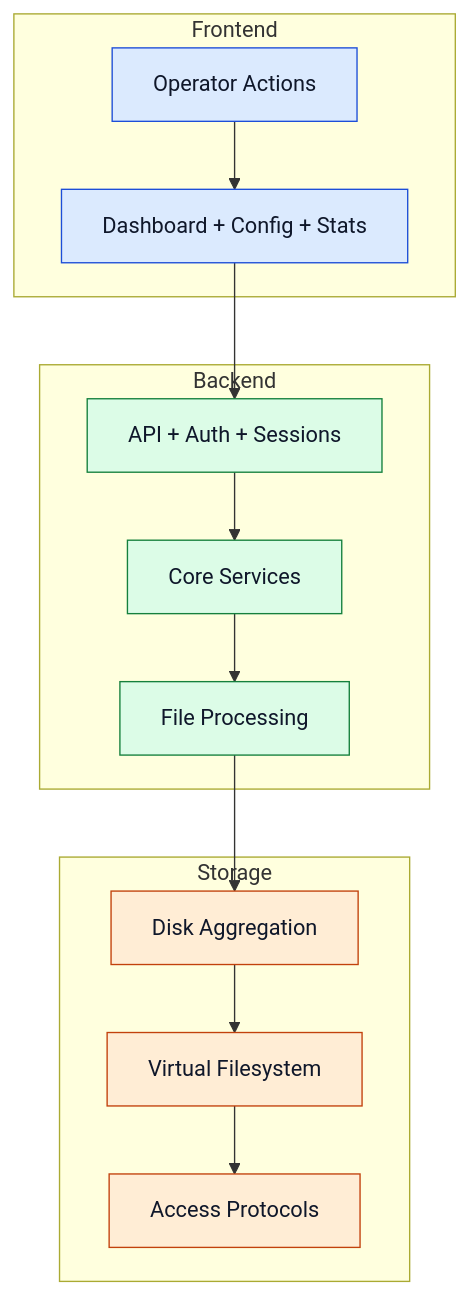
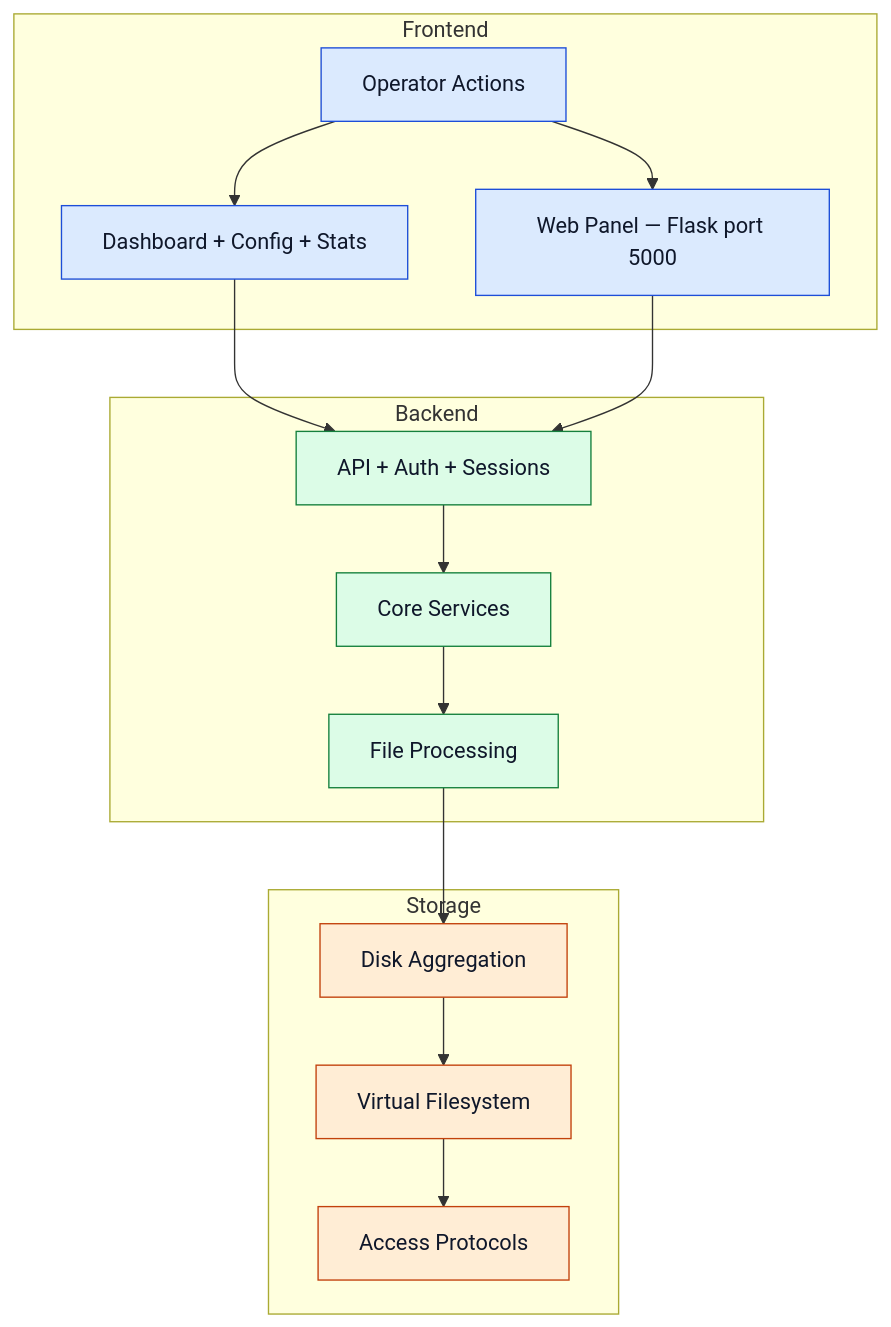
The diagram in docusaurus/docs/architecture.md (VulcanoSoftware/eindproject), drawn with Mermaid before and after one commit. The commit also changed other lines of this file and 5 other files, not shown here.

````diff
--- a/docusaurus/docs/architecture.md
+++ b/docusaurus/docs/architecture.md
@@ -12,29 +12,32 @@
 ```mermaid
 flowchart TB
   subgraph Frontend
     UI[Dashboard + Config + Stats]
+    WP[Web Panel — Flask port 5000]
     UX[Operator Actions]
   end
 
   subgraph Backend
     API[API + Auth + Sessions]
     CORE[Core Services]
     PROC[File Processing]
   end
 
   subgraph Storage
     AGG[Disk Aggregation]
     VFS[Virtual Filesystem]
     PROTO[Access Protocols]
   end
 
-  UX --> UI --> API --> CORE --> PROC --> AGG --> VFS --> PROTO
+  UX --> UI --> API
+  UX --> WP --> API
+  API --> CORE --> PROC --> AGG --> VFS --> PROTO
 
   classDef frontend fill:#dbeafe,stroke:#1d4ed8,color:#0f172a,stroke-width:1px;
   classDef backend fill:#dcfce7,stroke:#15803d,color:#0f172a,stroke-width:1px;
   classDef storage fill:#ffedd5,stroke:#c2410c,color:#0f172a,stroke-width:1px;
 
-  class UI,UX frontend;
+  class UI,WP,UX frontend;
   class API,CORE,PROC backend;
   class AGG,VFS,PROTO storage;
 ```
````
